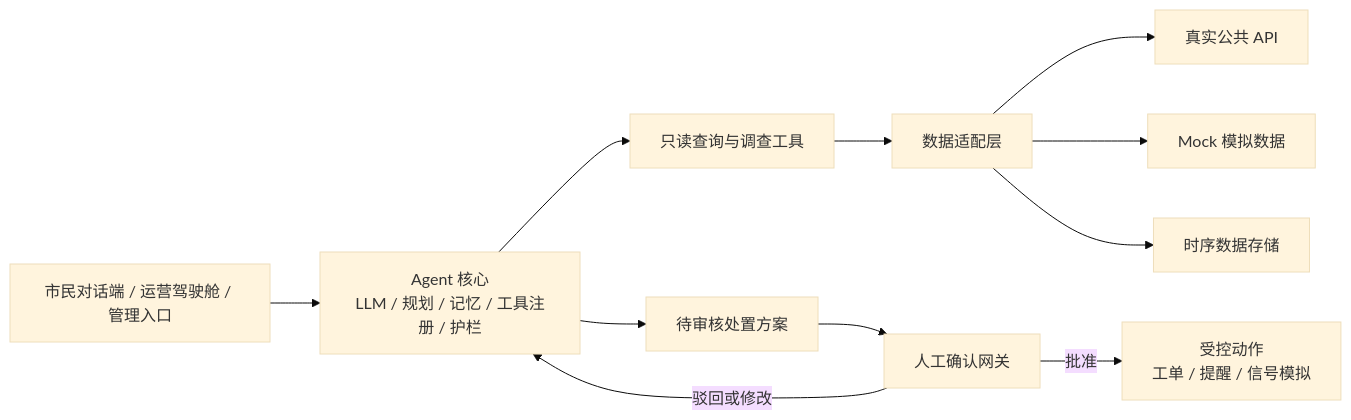
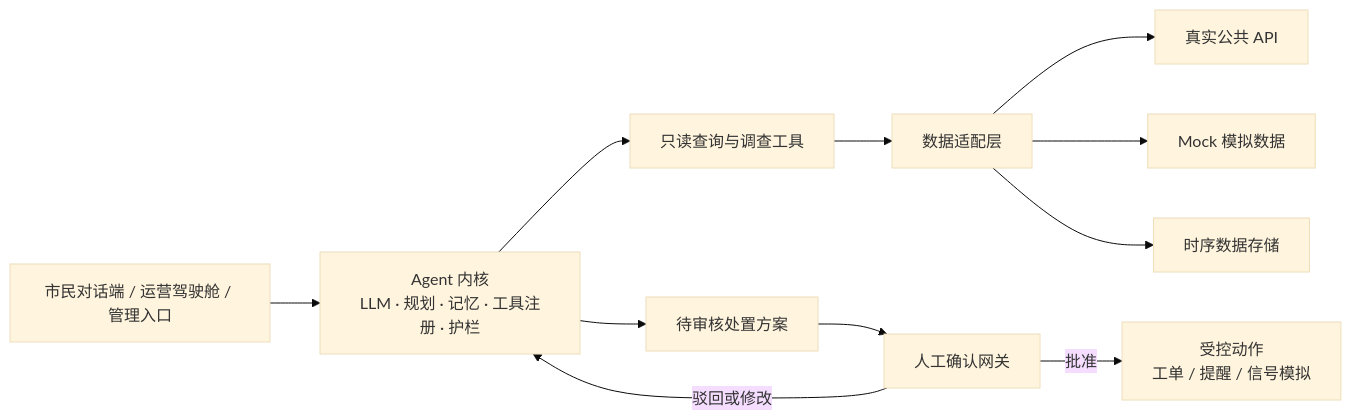
One commit to Keith-hq/CitySense_Agent changed the second of 2 diagrams in README.md. Above: the diagram before and after it, drawn with Mermaid (base theme). The commit also changed other lines of this file, not shown here.

Commit message:
docs(readme): 改写为中文开源风格（渐变头图 + 徽章墙）

````diff
--- a/README.md
+++ b/README.md
@@ -70,13 +109,13 @@
 ```mermaid
 flowchart LR
-    U[市民对话端 / 运营驾驶舱 / 管理入口] --> A[Agent 核心\nLLM / 规划 / 记忆 / 工具注册 / 护栏]
+    U[市民对话端 / 运营驾驶舱 / 管理入口] --> A[Agent 内核<br/>LLM · 规划 · 记忆 · 工具注册 · 护栏]
     A --> T[只读查询与调查工具]
     T --> D[数据适配层]
     D --> R[真实公共 API]
     D --> M[Mock 模拟数据]
     D --> S[时序数据存储]
     A --> P[待审核处置方案]
     P --> H[人工确认网关]
-    H -->|批准| X[受控动作\n工单 / 提醒 / 信号模拟]
+    H -->|批准| X[受控动作<br/>工单 / 提醒 / 信号模拟]
     H -->|驳回或修改| A
 ```
````
